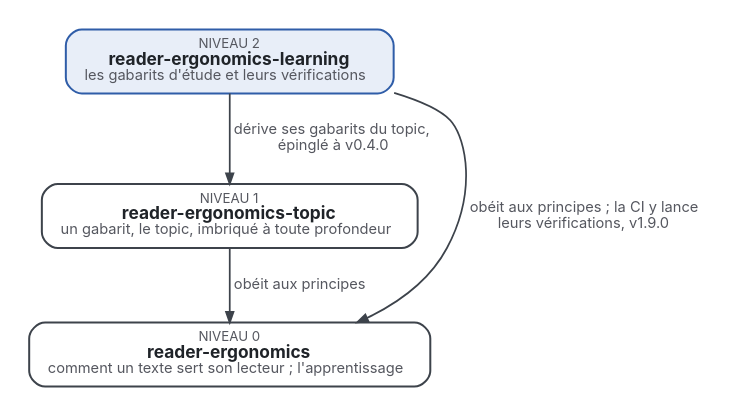
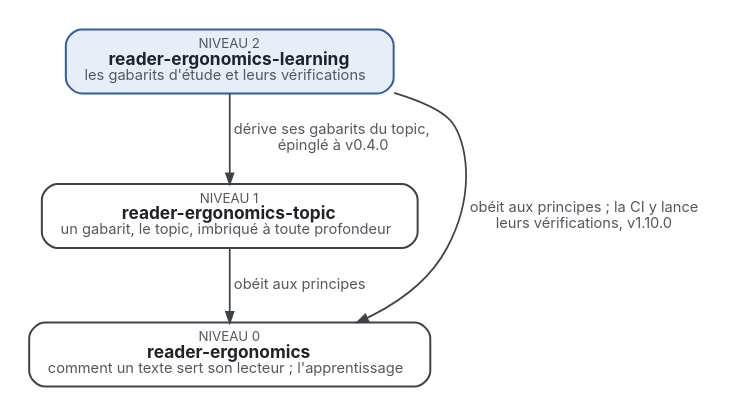
Before and after one commit to Tewf/reader-ergonomics-learning: the diagram in where-it-sits.fr.dot, drawn with Graphviz. The commit also changed 31 other files, not shown here.

First line of the commit message:
Move to reader-ergonomics v1.10.0, and stamp the diagrams it checks

```diff
--- a/where-it-sits.fr.dot
+++ b/where-it-sits.fr.dot
@@ -1,11 +1,11 @@
 digraph niveaux {
   graph [rankdir=TB, nodesep=0.6, ranksep=0.6, bgcolor="white", pad=0.2, fontname="Inter"];
   node  [shape=box, style="rounded,filled", fontname="Inter", fontsize=13, margin="0.2,0.1", penwidth=1.5, fontcolor="#1F2328"];
   edge  [fontname="Inter", fontsize=11, color="#3D434B", fontcolor="#55575F", penwidth=1.3, arrowsize=0.8];
   L [label=<<font point-size="10" color="#55575F">NIVEAU 2</font><br/><b>reader-ergonomics-learning</b><br/><font point-size="11" color="#55575F">les gabarits d'étude et leurs vérifications</font>>, fillcolor="#E8EEF8", color="#2F5DA8"];
   T [label=<<font point-size="10" color="#55575F">NIVEAU 1</font><br/><b>reader-ergonomics-topic</b><br/><font point-size="11" color="#55575F">un gabarit, le topic, imbriqué à toute profondeur</font>>, fillcolor="#FFFFFF", color="#3D434B"];
   R [label=<<font point-size="10" color="#55575F">NIVEAU 0</font><br/><b>reader-ergonomics</b><br/><font point-size="11" color="#55575F">comment un texte sert son lecteur ; l'apprentissage</font>>, fillcolor="#FFFFFF", color="#3D434B"];
   L -> T [label=<  dérive ses gabarits du topic,<br/>  épinglé à v0.4.0>];
   T -> R [label=<  obéit aux principes>];
-  L -> R [label=<  obéit aux principes ; la CI y lance<br/>  leurs vérifications, v1.9.0>, constraint=false];
+  L -> R [label=<  obéit aux principes ; la CI y lance<br/>  leurs vérifications, v1.10.0>, constraint=false];
 }
```
